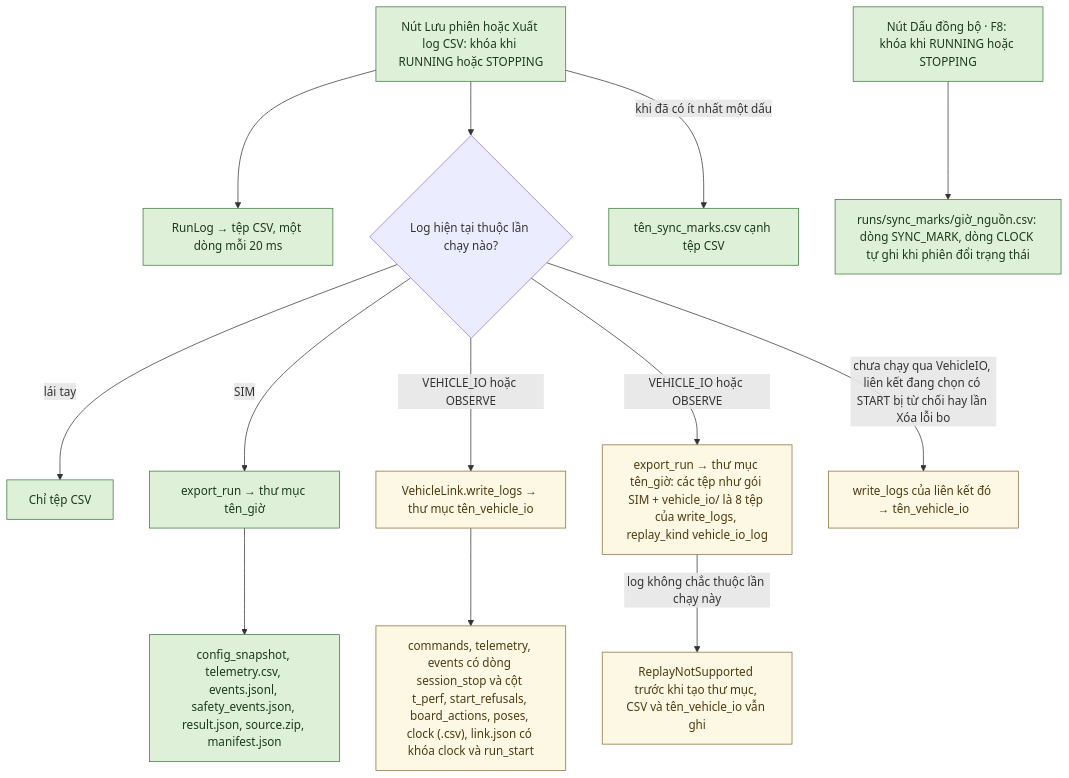
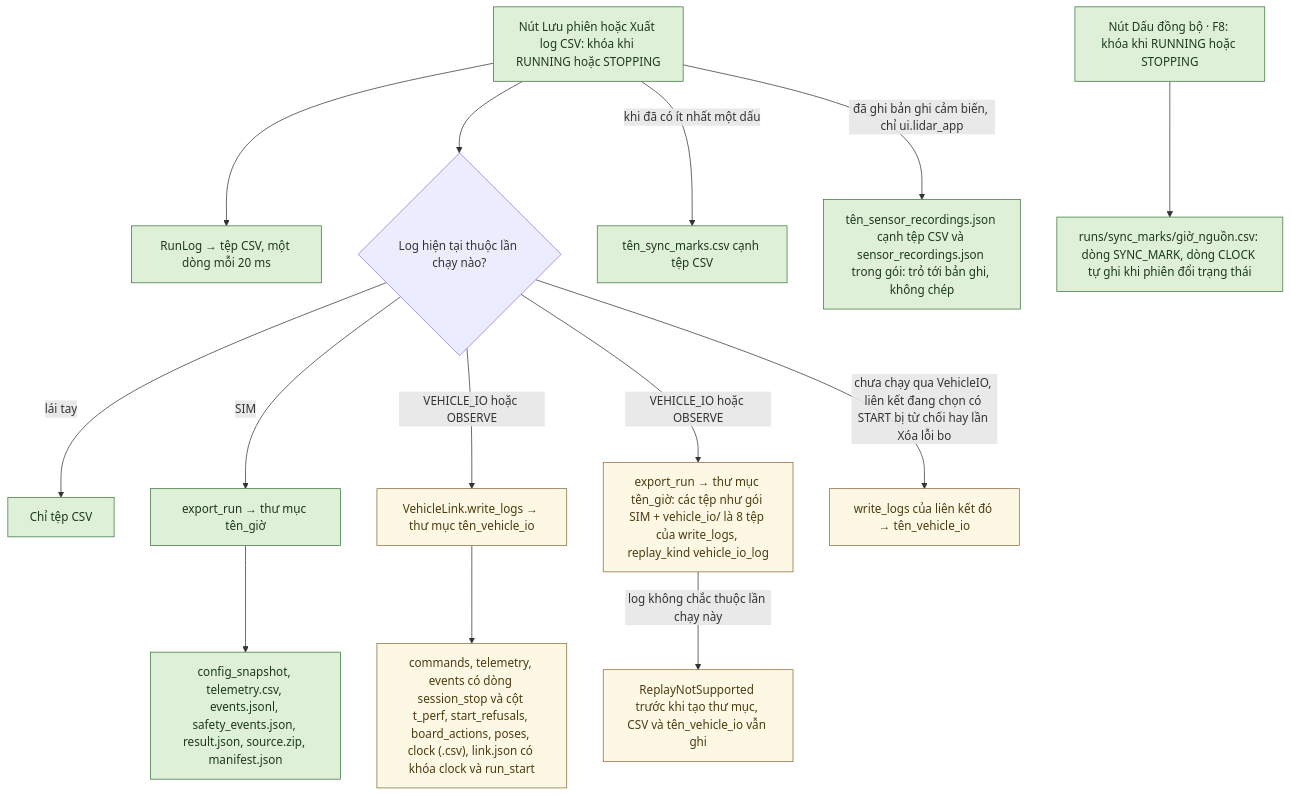
Before and after one commit to thbn12082/autopark: the ninth of 50 diagrams in autopark/docs/SO_DO_HE_THONG.md, drawn with Mermaid. The commit also changed other lines of this file and 223 other files, not shown here.

````diff
--- a/autopark/docs/SO_DO_HE_THONG.md
+++ b/autopark/docs/SO_DO_HE_THONG.md
@@ -579,20 +676,21 @@
 ```mermaid
 flowchart TD
     BTN["Nút Lưu phiên hoặc Xuất log CSV: khóa khi RUNNING hoặc STOPPING"] --> CSV["RunLog → tệp CSV, một dòng mỗi 20 ms"]
     BTN --> Q{"Log hiện tại thuộc lần chạy nào?"}
     Q -->|lái tay| MAN["Chỉ tệp CSV"]
     Q -->|SIM| EXP["export_run → thư mục tên_giờ"]
     EXP --> FILES["config_snapshot, telemetry.csv, events.jsonl, safety_events.json, result.json, source.zip, manifest.json"]
     Q -->|VEHICLE_IO hoặc OBSERVE| WL["VehicleLink.write_logs → thư mục tên_vehicle_io"]
     WL --> VF["commands, telemetry, events có dòng session_stop và cột t_perf, start_refusals, board_actions, poses, clock (.csv), link.json có khóa clock và run_start"]
     Q -->|VEHICLE_IO hoặc OBSERVE| EXV["export_run → thư mục tên_giờ: các tệp như gói SIM + vehicle_io/ là 8 tệp của write_logs, replay_kind vehicle_io_log"]
     EXV -->|log không chắc thuộc lần chạy này| NR["ReplayNotSupported trước khi tạo thư mục, CSV và tên_vehicle_io vẫn ghi"]
     Q -->|chưa chạy qua VehicleIO, liên kết đang chọn có START bị từ chối hay lần Xóa lỗi bo| RL["write_logs của liên kết đó → tên_vehicle_io"]
     F8["Nút Dấu đồng bộ · F8: khóa khi RUNNING hoặc STOPPING"] --> LIVE["runs/sync_marks/giờ_nguồn.csv: dòng SYNC_MARK, dòng CLOCK tự ghi khi phiên đổi trạng thái"]
     BTN -->|khi đã có ít nhất một dấu| SM["tên_sync_marks.csv cạnh tệp CSV"]
+    BTN -->|đã ghi bản ghi cảm biến, chỉ ui.lidar_app| SREF["tên_sensor_recordings.json cạnh tệp CSV và sensor_recordings.json trong gói: trỏ tới bản ghi, không chép"]
     classDef daco fill:#dff0d8,stroke:#3c763d,color:#1b3a1b
     classDef giaLap fill:#fcf8e3,stroke:#8a6d3b,color:#4d3b12
     classDef chuaLam fill:#f2dede,stroke:#a94442,color:#4d1a1a,stroke-dasharray: 4 3
-    class BTN,CSV,MAN,EXP,FILES,F8,LIVE,SM daco
+    class BTN,CSV,MAN,EXP,FILES,F8,LIVE,SM,SREF daco
     class WL,VF,EXV,NR,RL giaLap
 ```
````
